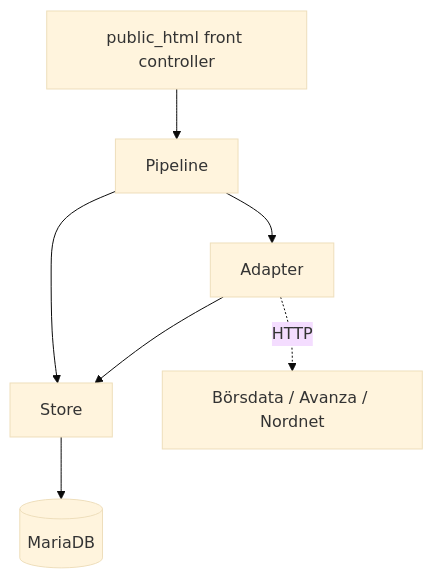
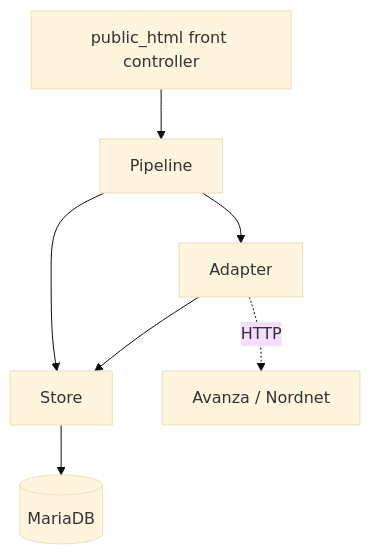
One commit to ryddmo/stockpicker changed the first of 3 diagrams in _bmad-output/planning-artifacts/architecture/architecture-stockpicker-2026-09-08/ARCHITECTURE-SPINE.md. Above: the diagram before and after it, drawn with Mermaid (base theme). The commit also changed other lines of this file and 18 other files, not shown here.

````diff
--- a/_bmad-output/planning-artifacts/architecture/architecture-stockpicker-2026-09-08/ARCHITECTURE-SPINE.md
+++ b/_bmad-output/planning-artifacts/architecture/architecture-stockpicker-2026-09-08/ARCHITECTURE-SPINE.md
@@ -45,9 +50,9 @@
 ```mermaid
 graph TD
     FC[public_html front controller] --> P[Pipeline]
     P --> A[Adapter]
     P --> S[Store]
     A --> S
-    A -.->|HTTP| EXT[Börsdata / Avanza / Nordnet]
+    A -.->|HTTP| EXT[Avanza / Nordnet]
     S --> DB[(MariaDB)]
 ```
````
